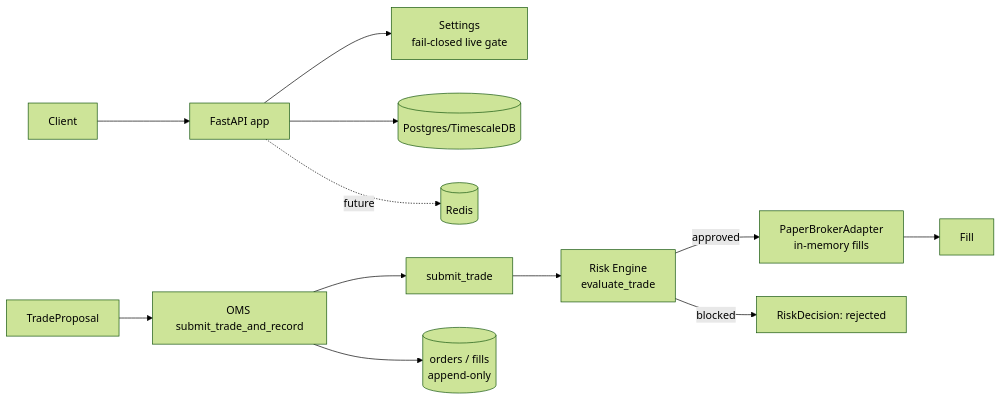
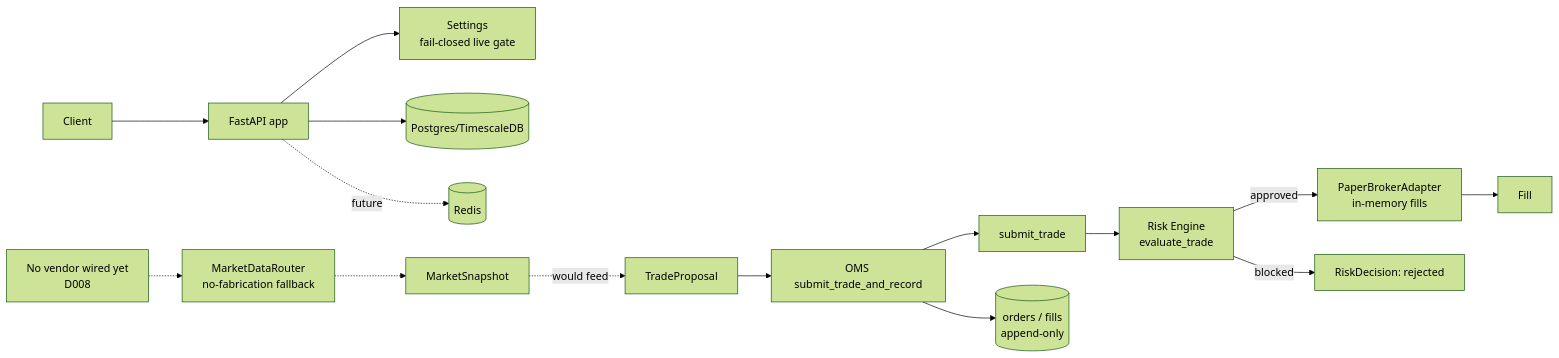
The first of 2 diagrams in docs/ARCHITECTURE.md (Freedomwelathlab/Trading-Agents), drawn with Mermaid (forest theme) before and after one commit. The commit also changed other lines of this file and 12 other files, not shown here.

````diff
--- a/docs/ARCHITECTURE.md
+++ b/docs/ARCHITECTURE.md
@@ -5,15 +5,19 @@
 ```mermaid
 flowchart LR
     client[Client] --> api[FastAPI app]
     api --> settings[Settings\nfail-closed live gate]
     api --> db[(Postgres/TimescaleDB)]
     api -.future.-> redis[(Redis)]
+
+    vendors[No vendor wired yet\nD008] -.-> router[MarketDataRouter\nno-fabrication fallback]
+    router -.-> snapshot[MarketSnapshot]
+    snapshot -.would feed.-> proposal
 
     proposal[TradeProposal] --> persist[OMS submit_trade_and_record]
     persist --> oms[submit_trade]
     oms --> risk[Risk Engine\nevaluate_trade]
     risk -->|approved| broker[PaperBrokerAdapter\nin-memory fills]
     risk -->|blocked| rejected[RiskDecision: rejected]
     broker --> fill[Fill]
     persist --> orders[(orders / fills\nappend-only)]
 ```
````
